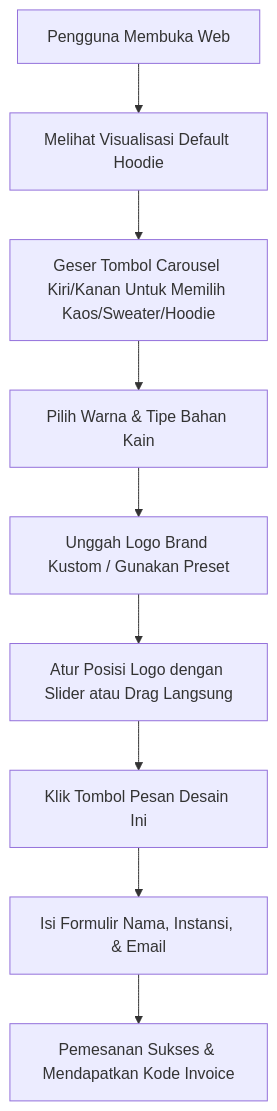
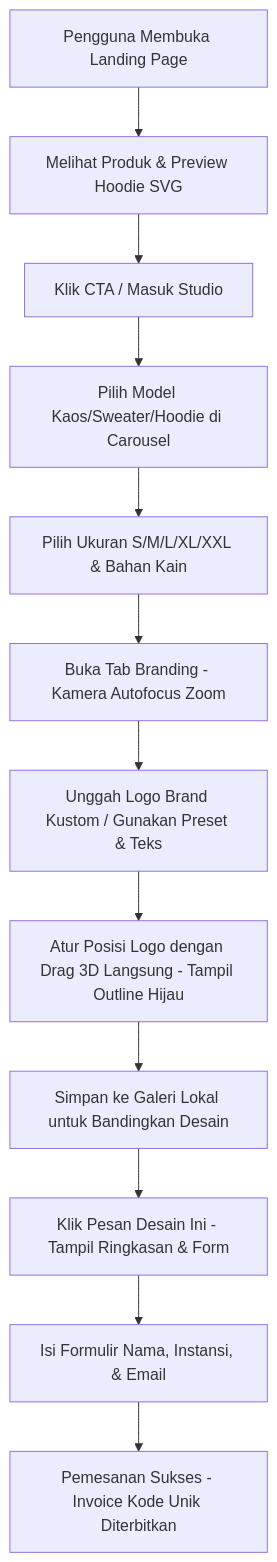
The diagram in PRD.md (EvCamStudio/FitCraft3D), drawn with Mermaid before and after one commit. The commit also changed other lines of this file, not shown here.

Commit message:
Update PRD.md to reflect dual-page architecture and premium 3D customizer features

````diff
--- a/PRD.md
+++ b/PRD.md
@@ -73,11 +96,14 @@
 ```mermaid
 graph TD
-    A[Pengguna Membuka Web] --> B[Melihat Visualisasi Default Hoodie]
-    B --> C[Geser Tombol Carousel Kiri/Kanan Untuk Memilih Kaos/Sweater/Hoodie]
-    C --> D[Pilih Warna & Tipe Bahan Kain]
-    D --> E[Unggah Logo Brand Kustom / Gunakan Preset]
-    E --> F[Atur Posisi Logo dengan Slider atau Drag Langsung]
-    F --> G[Klik Tombol Pesan Desain Ini]
-    G --> H[Isi Formulir Nama, Instansi, & Email]
-    H --> I[Pemesanan Sukses & Mendapatkan Kode Invoice]
+    A[Pengguna Membuka Landing Page] --> B[Melihat Produk & Preview Hoodie SVG]
+    B --> C[Klik CTA / Masuk Studio]
+    C --> D[Pilih Model Kaos/Sweater/Hoodie di Carousel]
+    D --> E[Pilih Ukuran S/M/L/XL/XXL & Bahan Kain]
+    E --> F[Buka Tab Branding - Kamera Autofocus Zoom]
+    F --> G[Unggah Logo Brand Kustom / Gunakan Preset & Teks]
+    G --> H[Atur Posisi Logo dengan Drag 3D Langsung - Tampil Outline Hijau]
+    H --> I[Simpan ke Galeri Lokal untuk Bandingkan Desain]
+    I --> J[Klik Pesan Desain Ini - Tampil Ringkasan & Form]
+    J --> K[Isi Formulir Nama, Instansi, & Email]
+    K --> L[Pemesanan Sukses - Invoice Kode Unik Diterbitkan]
 ```
````
